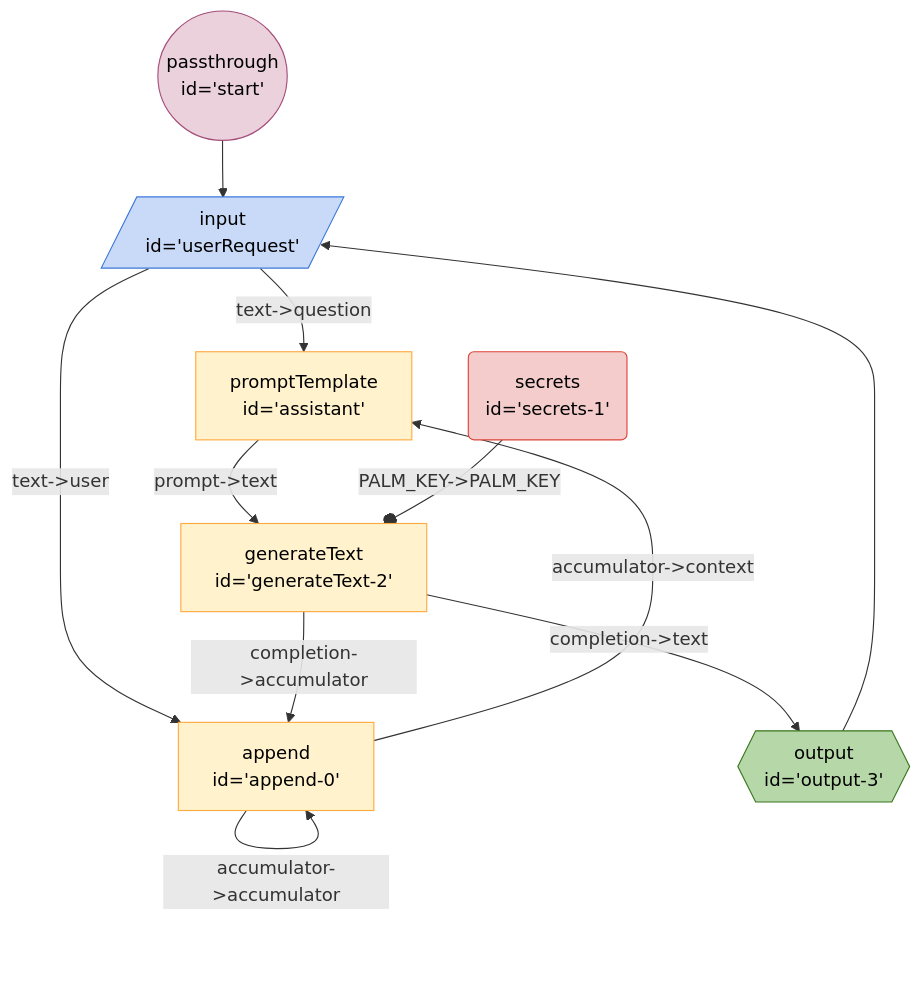
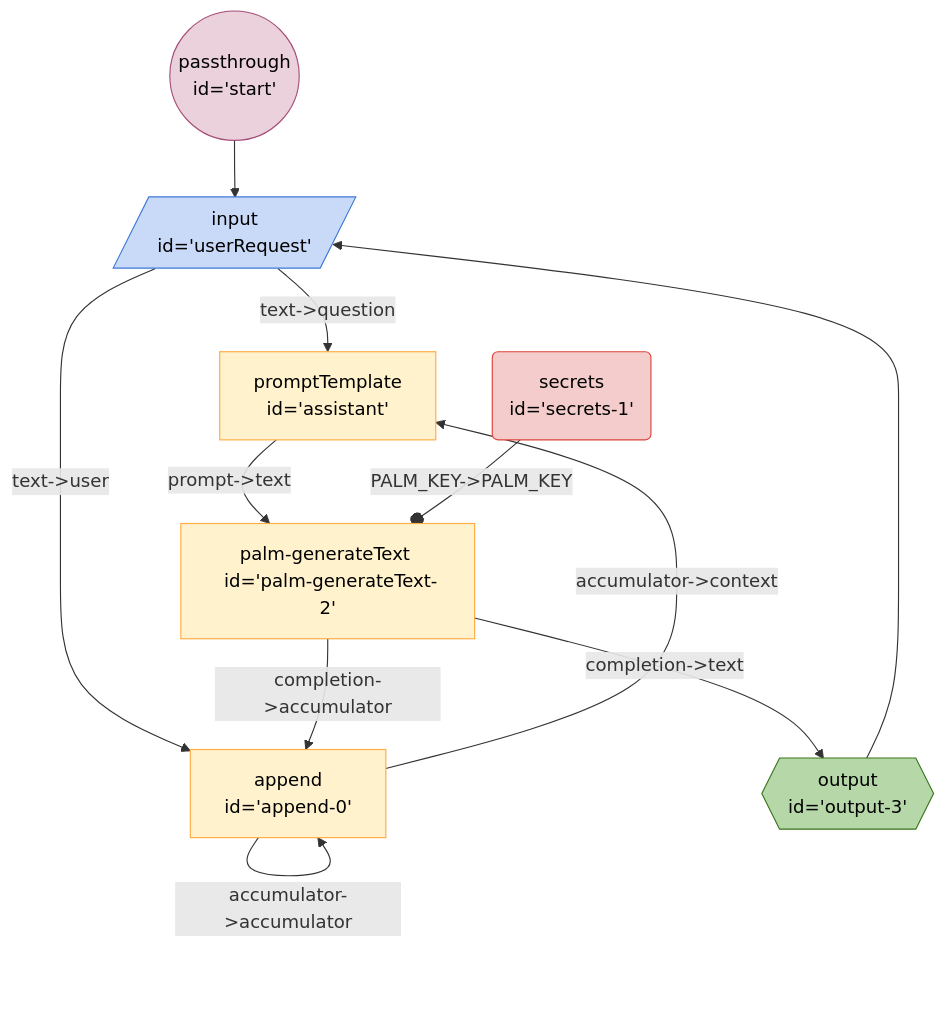
The diagram in seeds/breadboard-web/docs/graphs/new/accumulating-context.md (breadboard-ai/breadboard), drawn with Mermaid before and after one commit. The commit also changed 55 other files, not shown here.

````diff
--- a/seeds/breadboard-web/docs/graphs/new/accumulating-context.md
+++ b/seeds/breadboard-web/docs/graphs/new/accumulating-context.md
@@ -3,22 +3,22 @@
 ```mermaid
 %%{init: 'themeVariables': { 'fontFamily': 'Fira Code, monospace' }}%%
 graph TD;
 userRequest[/"input <br> id='userRequest'"/]:::input -- "text->question" --> assistant["promptTemplate <br> id='assistant'"]
 userRequest[/"input <br> id='userRequest'"/]:::input -- "text->user" --> append0["append <br> id='append-0'"]
 start(("passthrough <br> id='start'")):::passthrough --> userRequest[/"input <br> id='userRequest'"/]:::input
 output3{{"output <br> id='output-3'"}}:::output --> userRequest[/"input <br> id='userRequest'"/]:::input
-assistant["promptTemplate <br> id='assistant'"] -- "prompt->text" --> generateText2["generateText <br> id='generateText-2'"]
+assistant["promptTemplate <br> id='assistant'"] -- "prompt->text" --> palmgenerateText2["palm-generateText <br> id='palm-generateText-2'"]
 append0["append <br> id='append-0'"] -- "accumulator->accumulator" --> append0["append <br> id='append-0'"]
 append0["append <br> id='append-0'"] -- "accumulator->context" --> assistant["promptTemplate <br> id='assistant'"]
-generateText2["generateText <br> id='generateText-2'"] -- "completion->accumulator" --> append0["append <br> id='append-0'"]
-generateText2["generateText <br> id='generateText-2'"] -- "completion->text" --> output3{{"output <br> id='output-3'"}}:::output
-secrets1("secrets <br> id='secrets-1'"):::secrets -- "PALM_KEY->PALM_KEY" --o generateText2["generateText <br> id='generateText-2'"]
+palmgenerateText2["palm-generateText <br> id='palm-generateText-2'"] -- "completion->accumulator" --> append0["append <br> id='append-0'"]
+palmgenerateText2["palm-generateText <br> id='palm-generateText-2'"] -- "completion->text" --> output3{{"output <br> id='output-3'"}}:::output
+secrets1("secrets <br> id='secrets-1'"):::secrets -- "PALM_KEY->PALM_KEY" --o palmgenerateText2["palm-generateText <br> id='palm-generateText-2'"]
 classDef default stroke:#ffab40,fill:#fff2ccff,color:#000
 classDef input stroke:#3c78d8,fill:#c9daf8ff,color:#000
 classDef output stroke:#38761d,fill:#b6d7a8ff,color:#000
 classDef passthrough stroke:#a64d79,fill:#ead1dcff,color:#000
 classDef slot stroke:#a64d79,fill:#ead1dcff,color:#000
 classDef config stroke:#a64d79,fill:#ead1dcff,color:#000
 classDef secrets stroke:#db4437,fill:#f4cccc,color:#000
 classDef slotted stroke:#a64d79
 ```
````
